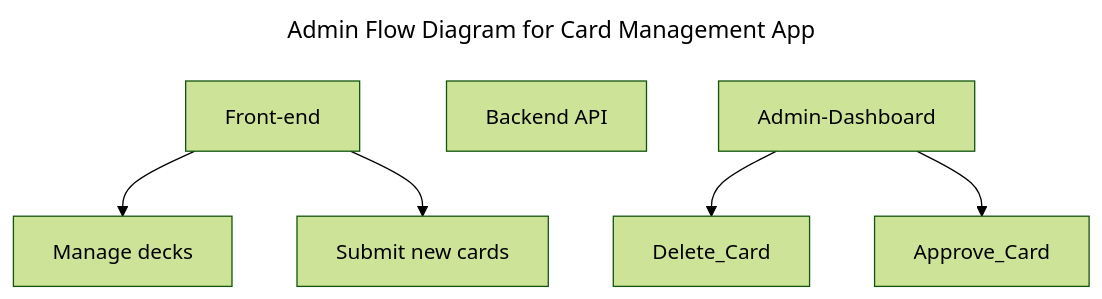
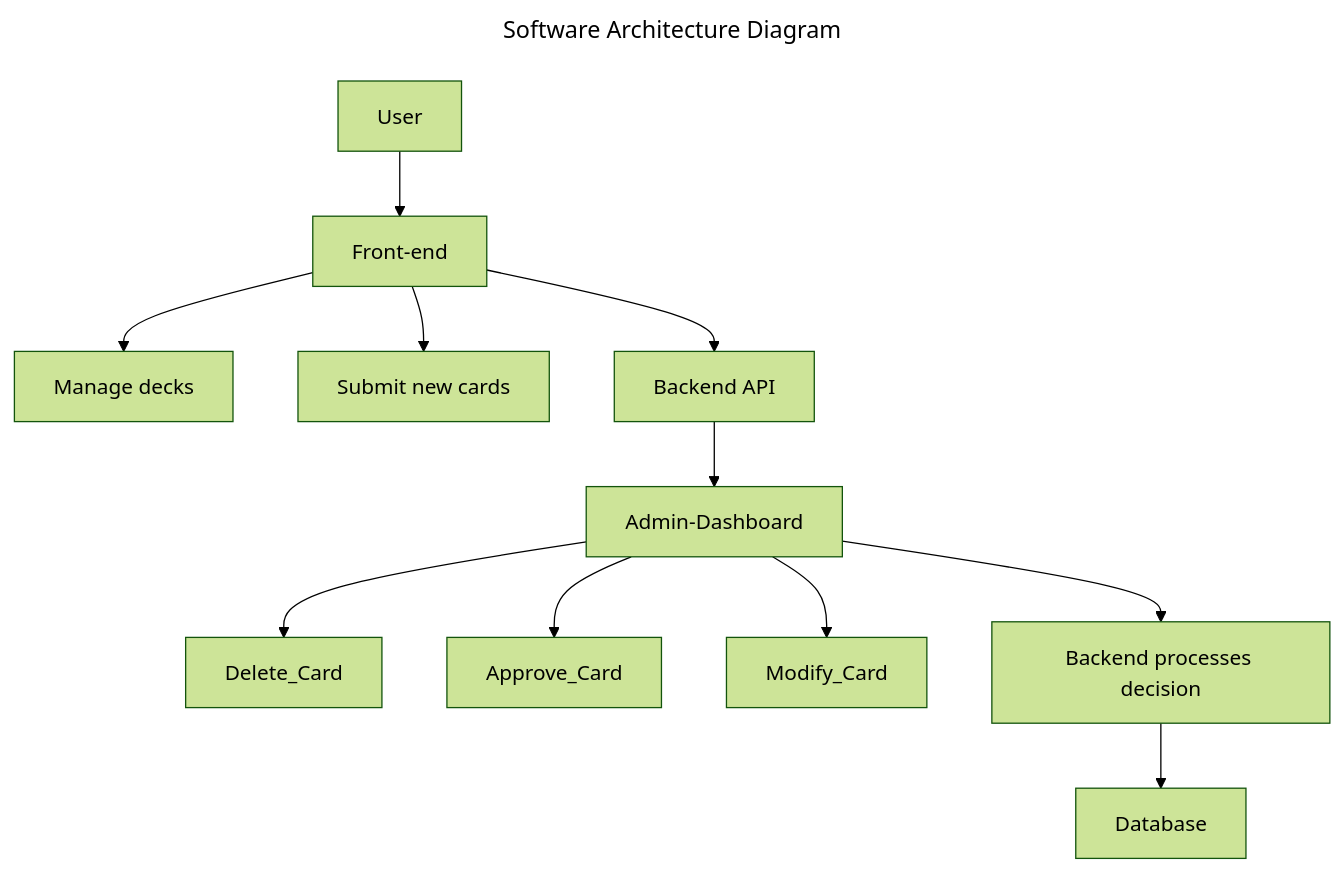
One commit to yjacobo3573/git-practice-Yulisa-Sandoval changed the third of 3 diagrams in PokemonGame/README.md. Above: the diagram before and after it, drawn with Mermaid (forest theme).

````diff
--- a/PokemonGame/README.md
+++ b/PokemonGame/README.md
@@ -41,15 +41,25 @@
 ```mermaid
 ---
-title: Admin Flow Diagram for Card Management App
+title: Software Architecture Diagram
 ---
 
 flowchart TD
-    A[Front-end] --> B[Manage decks]
+    A1[User] --> A[Front-end]
+    
+    A --> B[Manage decks]
     A --> C[Submit new cards]
     
-    D[Backend API] 
+    A --> D[Backend API]
     
-    H[Admin-Dashboard] --> I[Delete_Card]
-    H --> J[Approve_Card]
+    D --> E[Admin-Dashboard]
+    
+    E --> F[Delete_Card]
+    E --> G[Approve_Card]
+    E --> H[Modify_Card]
+
+    E --> I[Backend processes decision]
+    
+    I --> J[Database]
+
 
 ```
````
